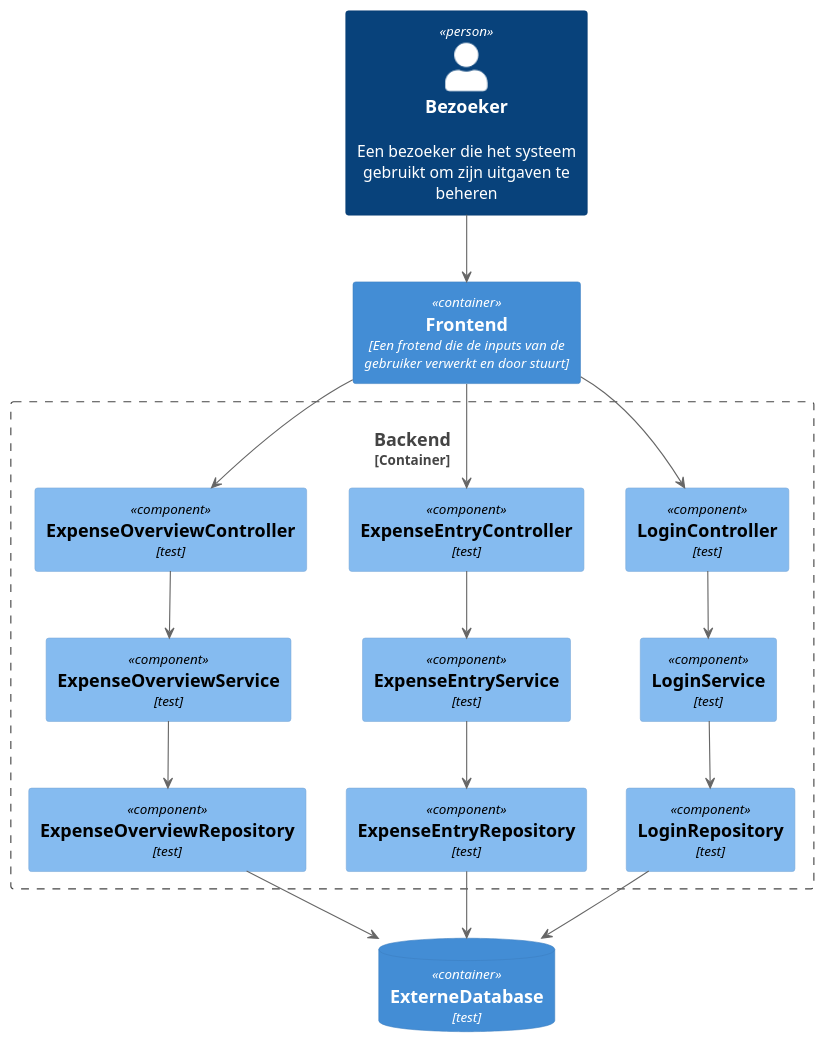
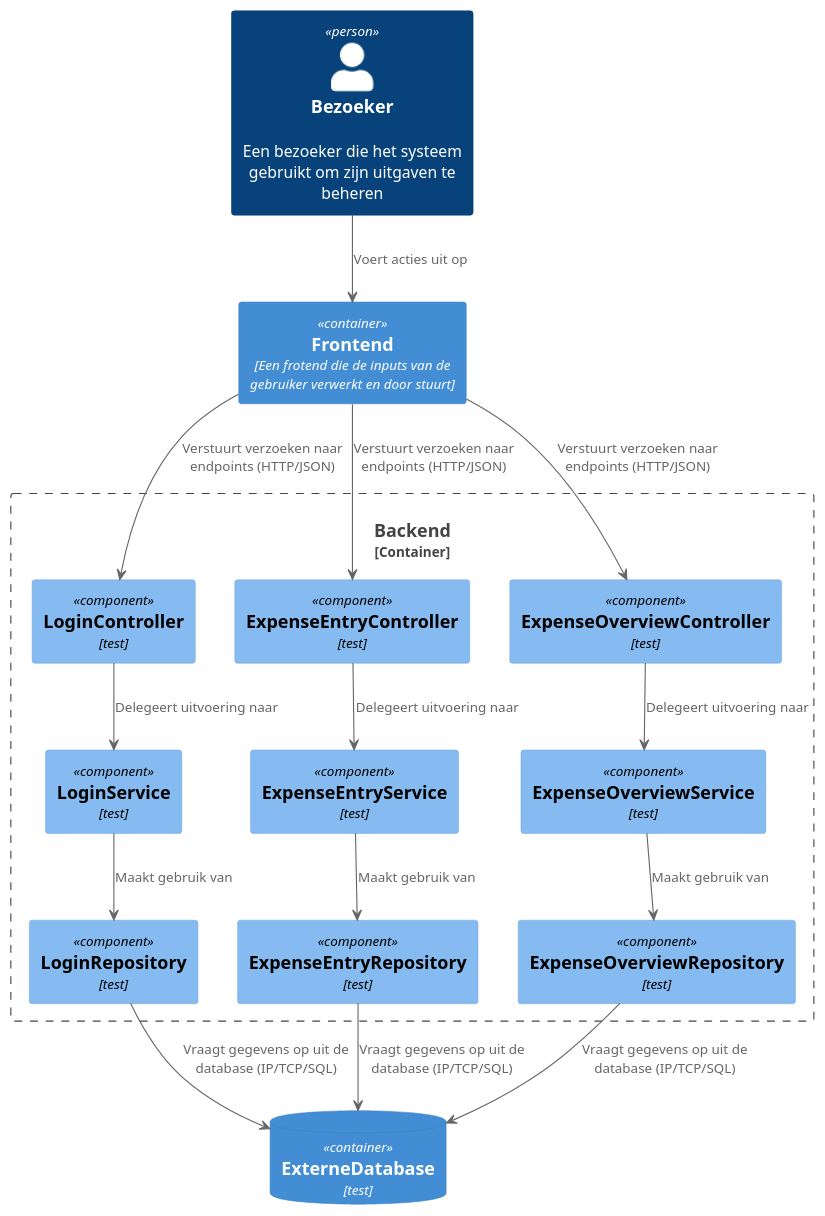
One commit to AIM-ENE-feb25/triptop-groep-b4 changed the diagram in C4_diagrammen/FSWD_component_diagram.puml. Above: the diagram before and after it, drawn with PlantUML.

Commit message:
relaties

```diff
--- a/C4_diagrammen/FSWD_component_diagram.puml
+++ b/C4_diagrammen/FSWD_component_diagram.puml
@@ -1,44 +1,44 @@
 @startuml
 !include https://raw.githubusercontent.com/plantuml-stdlib/C4-PlantUML/master/C4_Component.puml
 !include https://raw.githubusercontent.com/plantuml-stdlib/C4-PlantUML/master/C4_Container.puml
 
 
 Person(Bezoeker, "Bezoeker", "Een bezoeker die het systeem gebruikt om zijn uitgaven te beheren")
 Container(Frontend, "Frontend", "Een frotend die de inputs van de gebruiker verwerkt en door stuurt")
 
 Container_Boundary(ContainerBoundary, "Backend") {
 
 Component(LoginController, "LoginController", "test")
 Component(LoginService, "LoginService", "test")
 Component(LoginRepository, "LoginRepository", "test")
 
 Component(ExpenseEntryController, "ExpenseEntryController", "test")
 Component(ExpenseEntryService, "ExpenseEntryService", "test")
 Component(ExpenseEntryRepository, "ExpenseEntryRepository", "test")
 
 Component(ExpenseOverviewController, "ExpenseOverviewController", "test")
 Component(ExpenseOverviewService, "ExpenseOverviewService", "test")
 Component(ExpenseOverviewRepository, "ExpenseOverviewRepository", "test")
                                                   }
 
 ContainerDb(Externe_Database," ExterneDatabase","test")
 
-Bezoeker --> Frontend
+Bezoeker --> Frontend: "Voert acties uit op"
 
-Frontend --> LoginController
-Frontend --> ExpenseEntryController
-Frontend --> ExpenseOverviewController
+Frontend --> LoginController: "Verstuurt verzoeken naar endpoints (HTTP/JSON)"
+Frontend --> ExpenseEntryController: "Verstuurt verzoeken naar endpoints (HTTP/JSON)"
+Frontend --> ExpenseOverviewController: "Verstuurt verzoeken naar endpoints (HTTP/JSON)"
 
-LoginController --> LoginService
-LoginService --> LoginRepository
-LoginRepository --> Externe_Database
+LoginController --> LoginService: "Delegeert uitvoering naar"
+LoginService --> LoginRepository: "Maakt gebruik van"
+LoginRepository --> Externe_Database: "Vraagt gegevens op uit de database (IP/TCP/SQL)"
 
-ExpenseEntryController --> ExpenseEntryService
-ExpenseEntryService --> ExpenseEntryRepository
-ExpenseEntryRepository --> Externe_Database
+ExpenseEntryController --> ExpenseEntryService: "Delegeert uitvoering naar"
+ExpenseEntryService --> ExpenseEntryRepository: "Maakt gebruik van"
+ExpenseEntryRepository --> Externe_Database: "Vraagt gegevens op uit de database (IP/TCP/SQL)"
 
-ExpenseOverviewController --> ExpenseOverviewService
-ExpenseOverviewService --> ExpenseOverviewRepository
-ExpenseOverviewRepository --> Externe_Database
+ExpenseOverviewController --> ExpenseOverviewService: "Delegeert uitvoering naar"
+ExpenseOverviewService --> ExpenseOverviewRepository: "Maakt gebruik van"
+ExpenseOverviewRepository --> Externe_Database: "Vraagt gegevens op uit de database (IP/TCP/SQL)"
 
 @enduml
```
